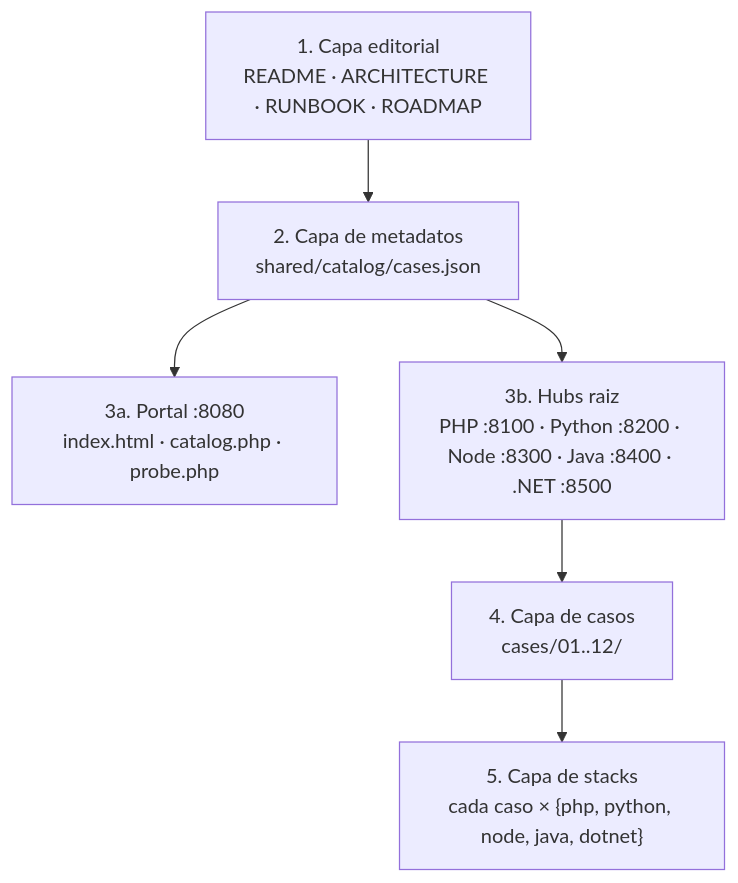
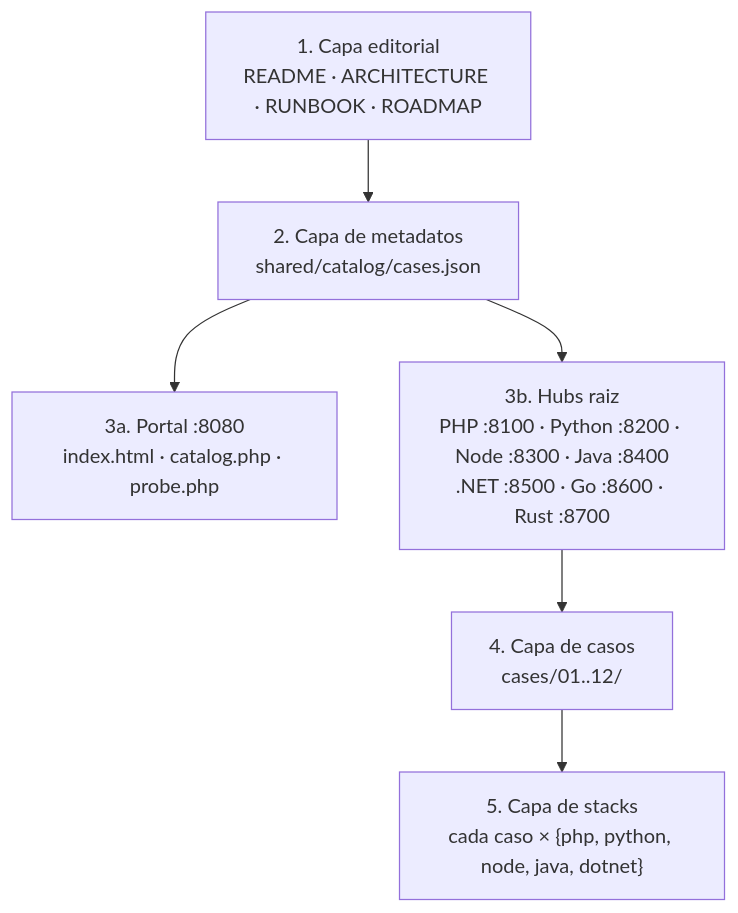
Before and after one commit to vladimiracunadev-create/problem-driven-systems-lab: the diagram in docs/architecture.md, drawn with Mermaid. The commit also changed other lines of this file and 50 other files, not shown here.

````diff
--- a/docs/architecture.md
+++ b/docs/architecture.md
@@ -35,15 +35,15 @@
 ```mermaid
 flowchart TB
     editorial["1. Capa editorial<br/>README · ARCHITECTURE · RUNBOOK · ROADMAP"]
     catalog["2. Capa de metadatos<br/>shared/catalog/cases.json"]
     portal_layer["3a. Portal :8080<br/>index.html · catalog.php · probe.php"]
-    hubs["3b. Hubs raiz<br/>PHP :8100 · Python :8200 · Node :8300 · Java :8400 · .NET :8500"]
+    hubs["3b. Hubs raiz<br/>PHP :8100 · Python :8200 · Node :8300 · Java :8400<br/>.NET :8500 · Go :8600 · Rust :8700"]
     cases_layer["4. Capa de casos<br/>cases/01..12/"]
     stacks_layer["5. Capa de stacks<br/>cada caso × {php, python, node, java, dotnet}"]
 
     editorial --> catalog
     catalog --> portal_layer
     catalog --> hubs
     hubs --> cases_layer
     cases_layer --> stacks_layer
 ```
````
